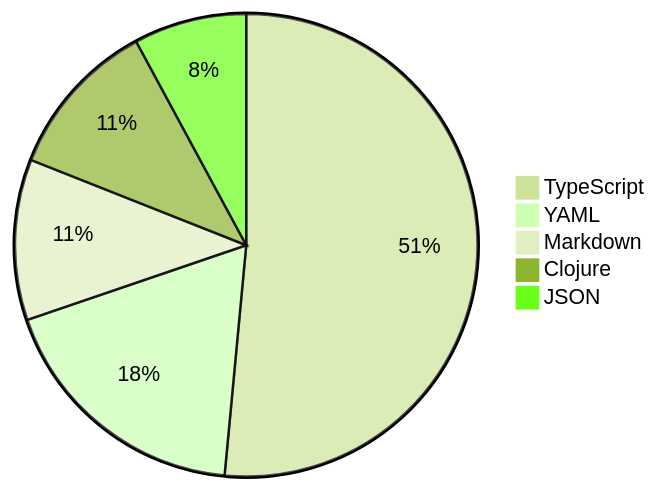
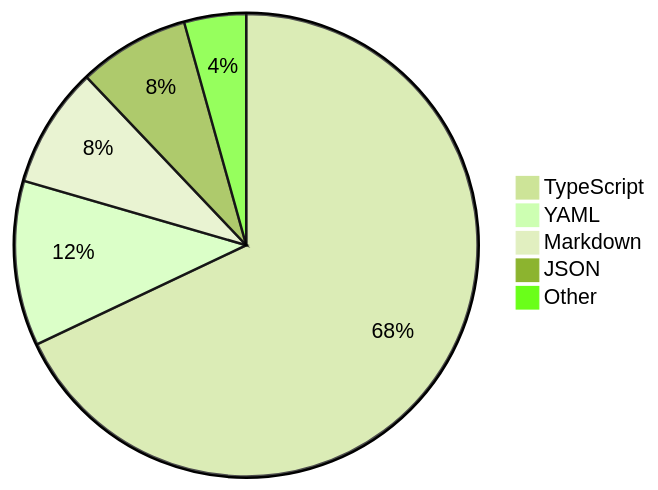
One commit to skvggor/skvggor changed the diagram in README.md. Above: the diagram before and after it, drawn with Mermaid (forest theme).

Commit message:
Updated waka-readme graph with new metrics

````diff
--- a/README.md
+++ b/README.md
@@ -28,8 +28,8 @@
 ```mermaid
 pie
-    "TypeScript" : 43.1
-    "YAML" : 15.3
-    "Markdown" : 9.4
-    "Clojure" : 9.3
-    "JSON" : 6.6
+    "TypeScript" : 61.3
+    "YAML" : 10.4
+    "Markdown" : 7.6
+    "JSON" : 7.0
+    "Other" : 3.9
 ```
````
